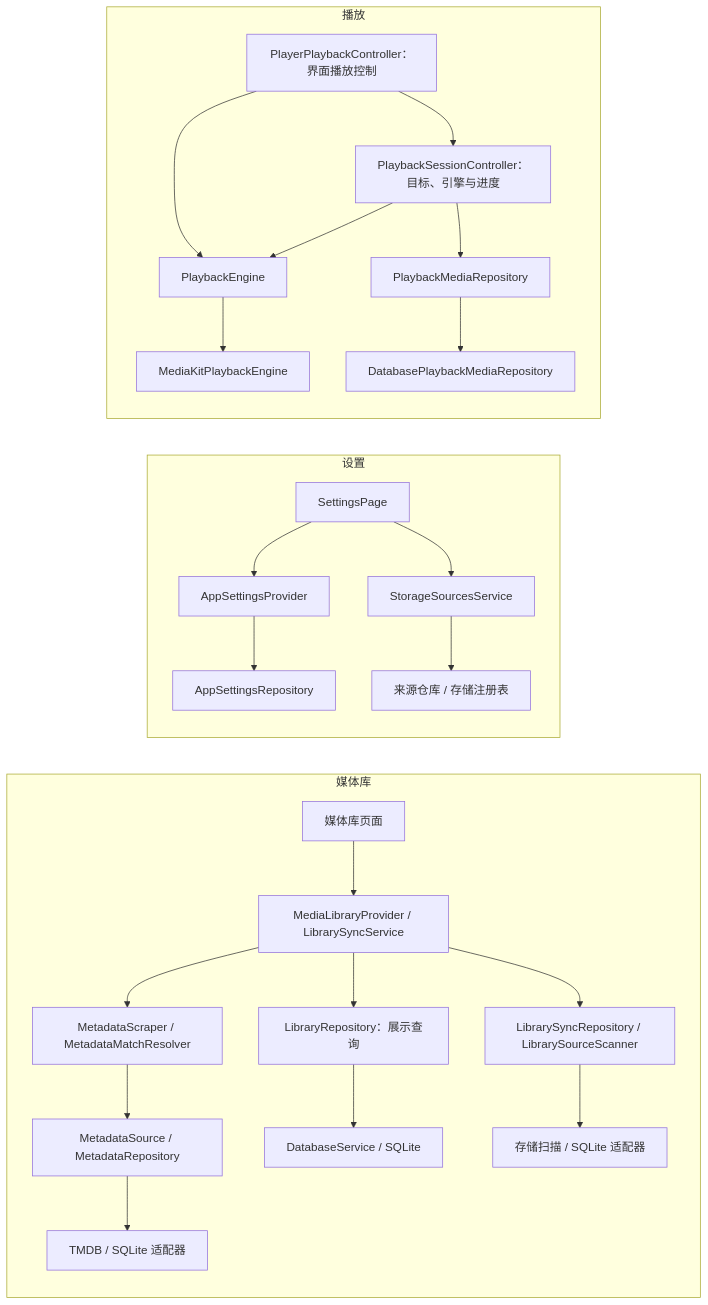
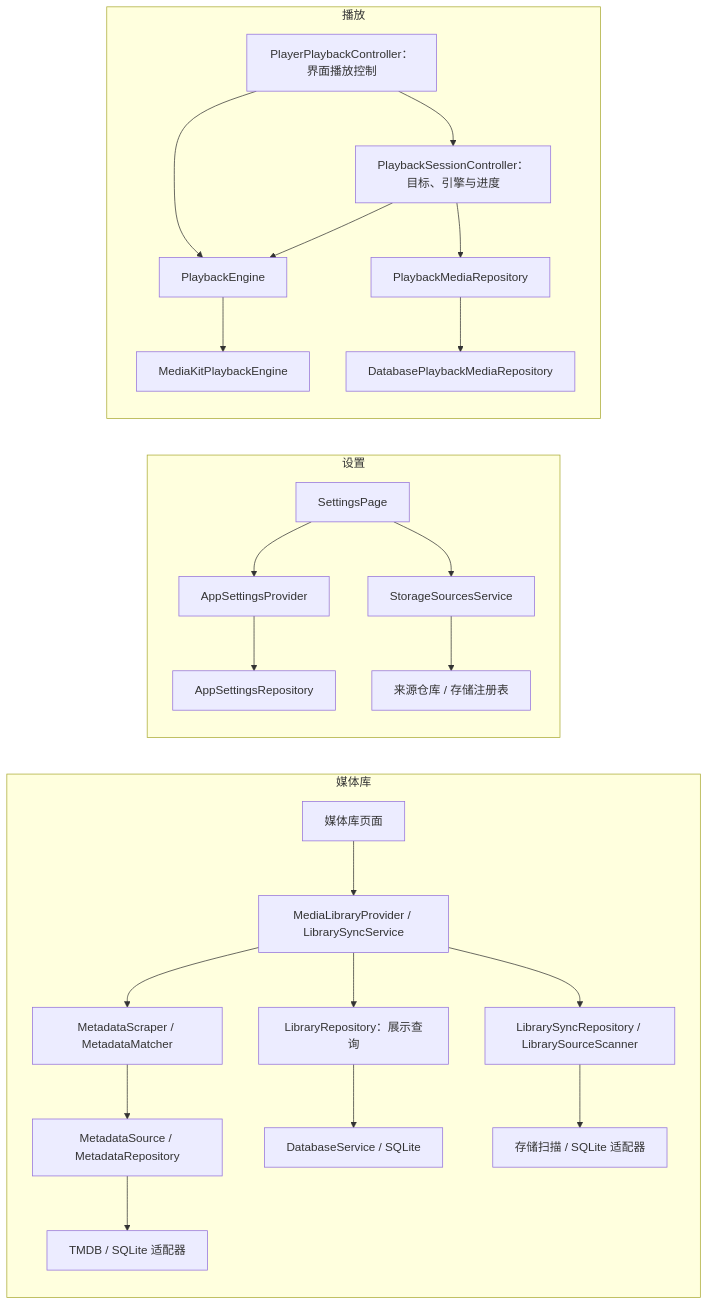
The second of 3 diagrams in docs/architecture/overview.md (sen-to/mochi_player), drawn with Mermaid before and after one commit. The commit also changed other lines of this file and 164 other files, not shown here.

````diff
--- a/docs/architecture/overview.md
+++ b/docs/architecture/overview.md
@@ -53,27 +55,27 @@
 ```mermaid
 flowchart LR
   subgraph LibraryPath["媒体库"]
     LibraryPage["媒体库页面"] --> LibraryApp["MediaLibraryProvider / LibrarySyncService"]
     LibraryApp --> Queries["LibraryRepository：展示查询"]
     LibraryApp --> Sync["LibrarySyncRepository / LibrarySourceScanner"]
-    LibraryApp --> Scraper["MetadataScraper / MetadataMatchResolver"]
+    LibraryApp --> Scraper["MetadataScraper / MetadataMatcher"]
     Scraper --> Metadata["MetadataSource / MetadataRepository"]
     Queries --> Database["DatabaseService / SQLite"]
     Sync --> Adapters["存储扫描 / SQLite 适配器"]
     Metadata --> MetadataBackend["TMDB / SQLite 适配器"]
   end
   subgraph SettingsPath["设置"]
     SettingsPage["SettingsPage"] --> SettingsApp["AppSettingsProvider"]
     SettingsApp --> Preferences["AppSettingsRepository"]
     SettingsPage --> SourcesApp["StorageSourcesService"]
     SourcesApp --> Storage["来源仓库 / 存储注册表"]
   end
   subgraph PlaybackPath["播放"]
     Player["PlayerPlaybackController：界面播放控制"] --> Session["PlaybackSessionController：目标、引擎与进度"]
     Session --> EngineContract["PlaybackEngine"]
     Player --> EngineContract
     EngineContract --> Backend["MediaKitPlaybackEngine"]
     Session --> StoreContract["PlaybackMediaRepository"]
     StoreContract --> Store["DatabasePlaybackMediaRepository"]
   end
 ```
````
